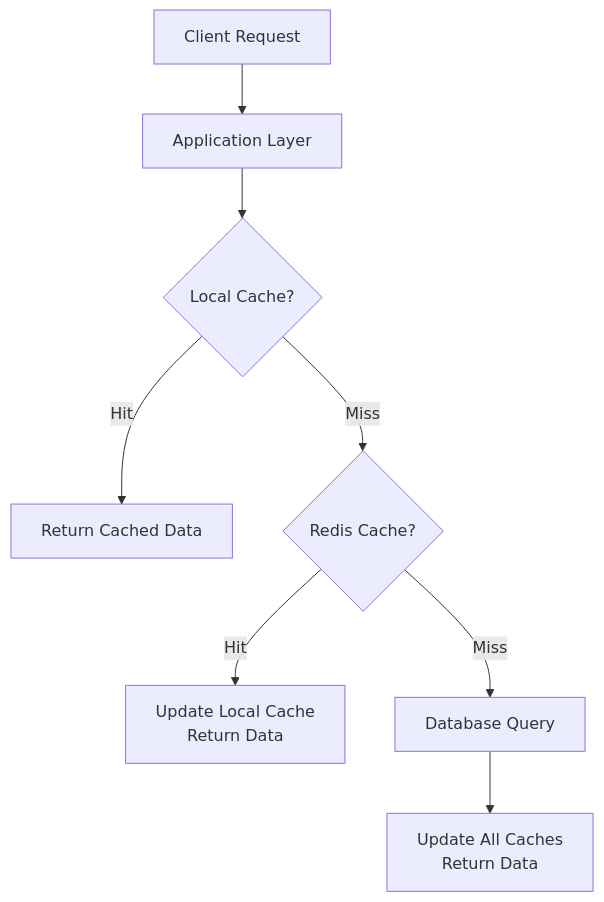
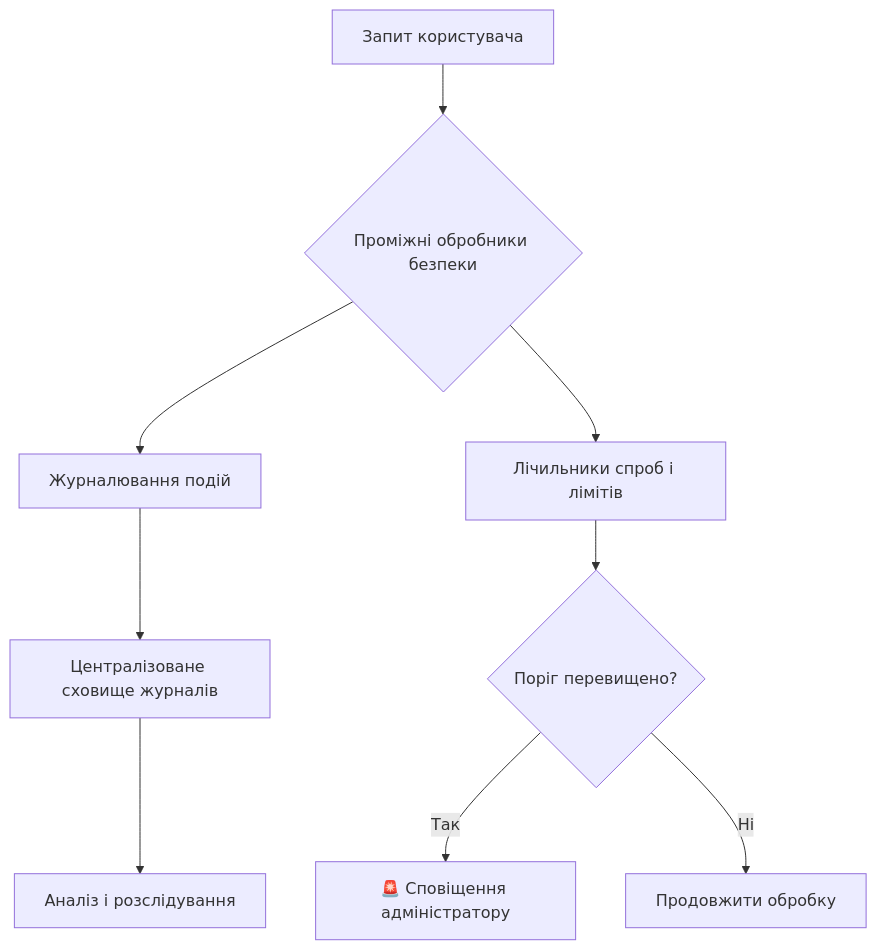
One commit to olroi421/course-web changed the ninth of 10 diagrams in presentations/presentation-05.md. Above: the diagram before and after it, drawn with Mermaid. The commit also changed other lines of this file and 10 other files, not shown here.

````diff
--- a/presentations/presentation-05.md
+++ b/presentations/presentation-05.md
@@ -381,11 +547,11 @@
 ```mermaid
-graph TB
-    A[Client Request] --> B[Application Layer]
-    B --> C{Local Cache?}
-    C -->|Hit| D[Return Cached Data]
-    C -->|Miss| E{Redis Cache?}
-    E -->|Hit| F[Update Local Cache<br/>Return Data]
-    E -->|Miss| G[Database Query]
-    G --> H[Update All Caches<br/>Return Data]
-
+graph TD
+    A[Запит користувача] --> B{Проміжні обробники безпеки}
+    B --> C[Журналювання подій]
+    B --> D[Лічильники спроб і лімітів]
+    C --> E[Централізоване сховище журналів]
+    D --> F{Поріг перевищено?}
+    F -->|Так| G[🚨 Сповіщення адміністратору]
+    F -->|Ні| H[Продовжити обробку]
+    E --> I[Аналіз і розслідування]
 ```
````
